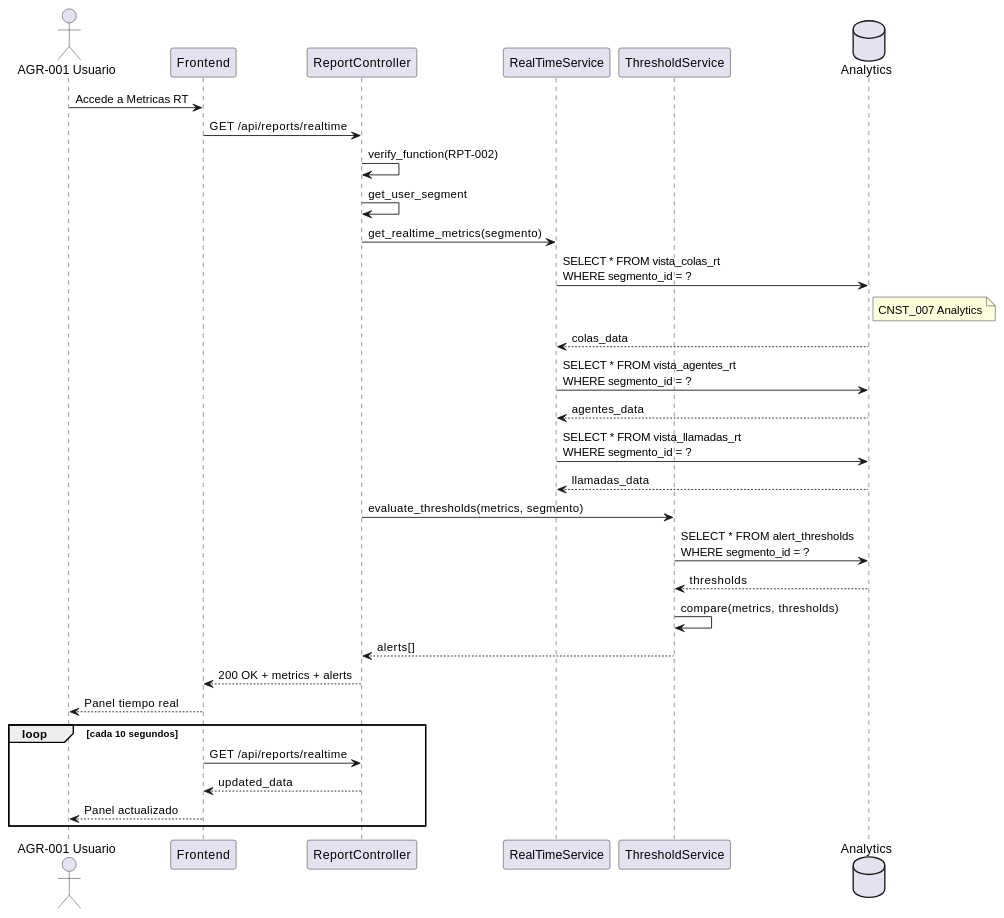
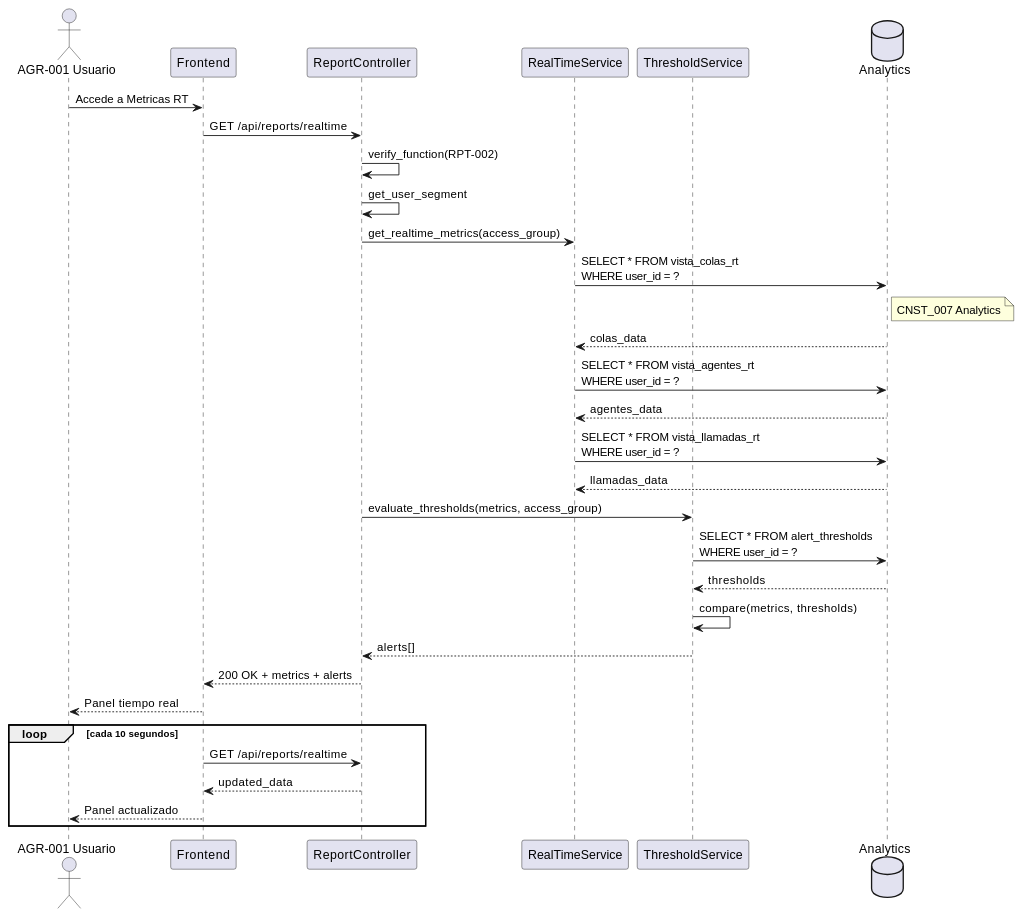
The second of 3 diagrams in source/requisitos/casos-uso/reports/uc-rpt-02-ver-metricas-tiempo-real.rst (jcg-admin/IACT-docs), drawn with PlantUML before and after one commit. The commit also changed other lines of this file and 14 other files, not shown here.

```diff
--- a/source/requisitos/casos-uso/reports/uc-rpt-02-ver-metricas-tiempo-real.rst
+++ b/source/requisitos/casos-uso/reports/uc-rpt-02-ver-metricas-tiempo-real.rst
@@ -163,43 +163,43 @@
 .. uml::
  :caption: Diagrama de Secuencia - UC_RPT_02
 
  @startuml
  actor "AGR-001 Usuario" as U
  participant "Frontend" as FE
  participant "ReportController" as RC
  participant "RealTimeService" as RTS
  participant "ThresholdService" as TS
  database "Analytics" as DB
 
  U -> FE: Accede a Metricas RT
  FE -> RC: GET /api/reports/realtime
  RC -> RC: verify_function(RPT-002)
  RC -> RC: get_user_segment
 
- RC -> RTS: get_realtime_metrics(segmento)
+ RC -> RTS: get_realtime_metrics(access_group)
 
- RTS -> DB: SELECT * FROM vista_colas_rt\nWHERE segmento_id = ?
+ RTS -> DB: SELECT * FROM vista_colas_rt\nWHERE user_id = ?
  note right of DB: CNST_007 Analytics
  DB --> RTS: colas_data
 
- RTS -> DB: SELECT * FROM vista_agentes_rt\nWHERE segmento_id = ?
+ RTS -> DB: SELECT * FROM vista_agentes_rt\nWHERE user_id = ?
  DB --> RTS: agentes_data
 
- RTS -> DB: SELECT * FROM vista_llamadas_rt\nWHERE segmento_id = ?
+ RTS -> DB: SELECT * FROM vista_llamadas_rt\nWHERE user_id = ?
  DB --> RTS: llamadas_data
 
- RC -> TS: evaluate_thresholds(metrics, segmento)
- TS -> DB: SELECT * FROM alert_thresholds\nWHERE segmento_id = ?
+ RC -> TS: evaluate_thresholds(metrics, access_group)
+ TS -> DB: SELECT * FROM alert_thresholds\nWHERE user_id = ?
  DB --> TS: thresholds
  TS -> TS: compare(metrics, thresholds)
  TS --> RC: alerts[]
 
  RC --> FE: 200 OK + metrics + alerts
  FE --> U: Panel tiempo real
 
  loop cada 10 segundos
  FE -> RC: GET /api/reports/realtime
  RC --> FE: updated_data
  FE --> U: Panel actualizado
  end
  @enduml
```
